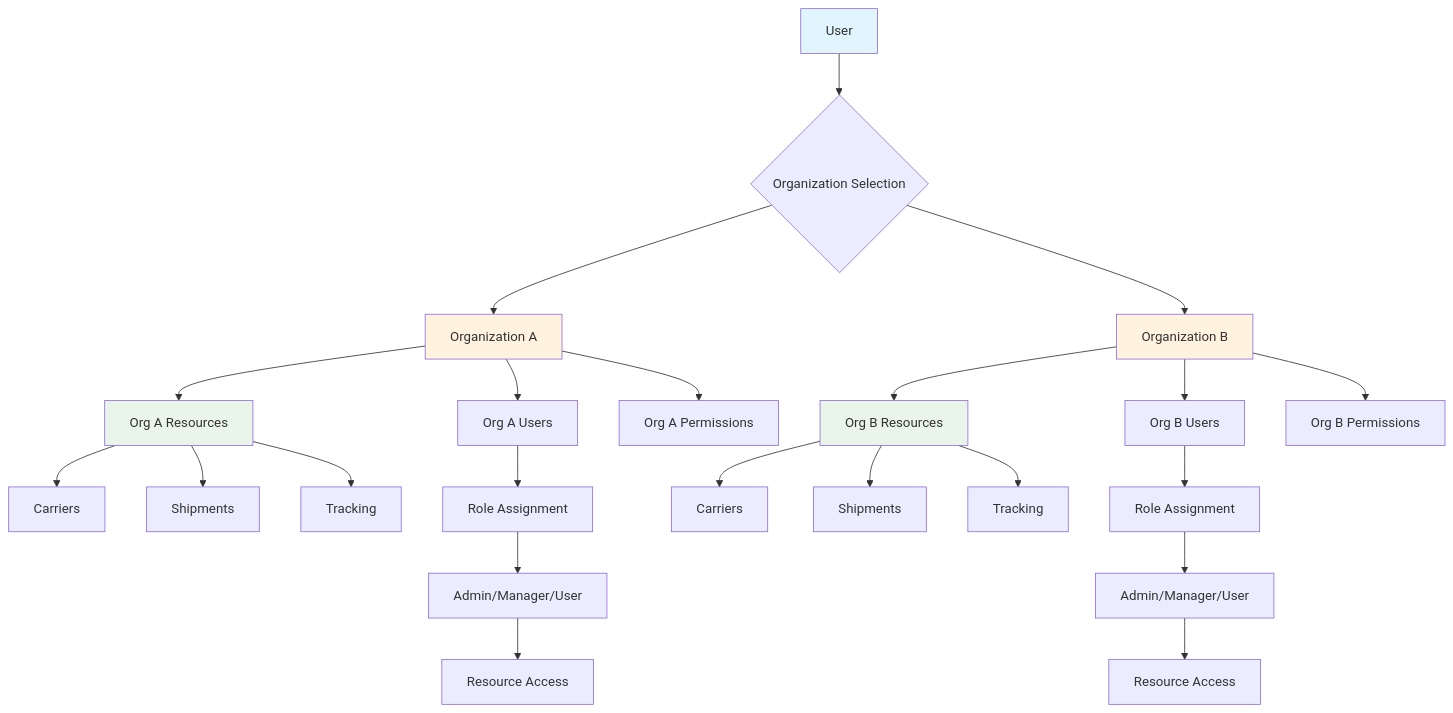
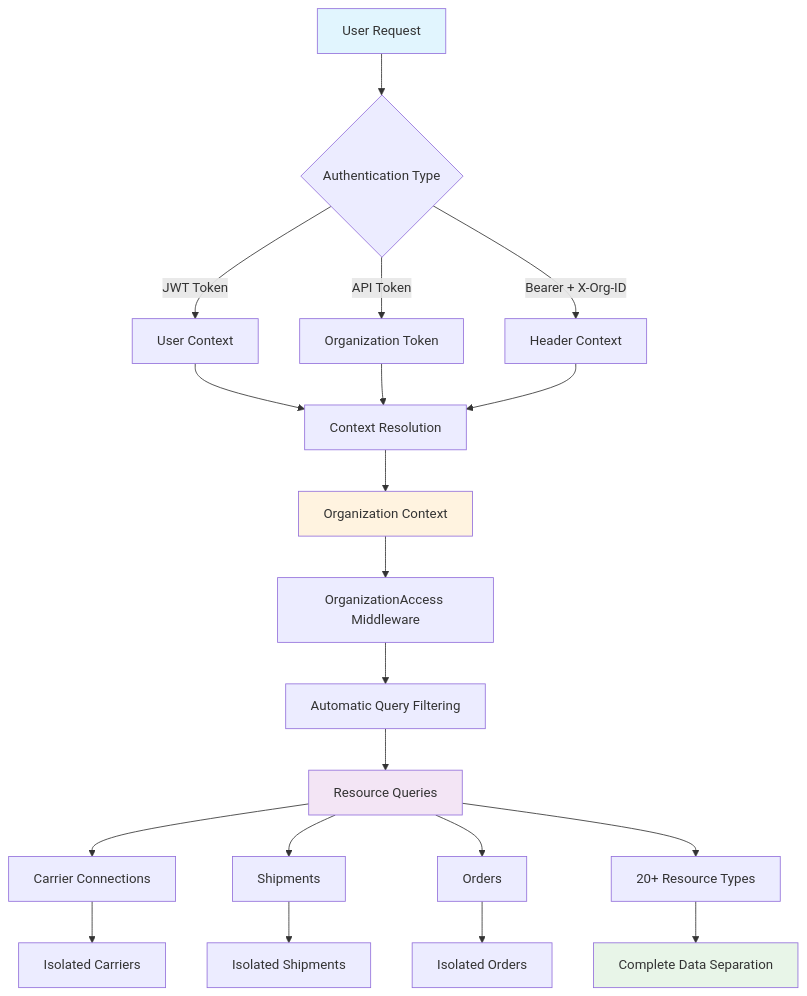
The first of 2 diagrams in apps/web/src/app/docs/products/multi-orgs/page.mdx (karrioapi/karrio), drawn with Mermaid before and after one commit. The commit also changed other lines of this file, not shown here.

Commit message:
docs: enrich multi-organization product documentation

````diff
--- a/apps/web/src/app/docs/products/multi-orgs/page.mdx
+++ b/apps/web/src/app/docs/products/multi-orgs/page.mdx
@@ -62,37 +55,32 @@
 ```mermaid
 flowchart TD
-    A[User] --> B{Organization Selection}
-    B --> C[Organization A]
-    B --> D[Organization B]
+    A[User Request] --> B{Authentication Type}
+    B -->|JWT Token| C[User Context]
+    B -->|API Token| D[Organization Token]
+    B -->|Bearer + X-Org-ID| E[Header Context]
 
-    C --> E[Org A Resources]
-    C --> F[Org A Users]
-    C --> G[Org A Permissions]
+    C --> F[Context Resolution]
+    D --> F
+    E --> F
 
-    D --> H[Org B Resources]
-    D --> I[Org B Users]
-    D --> J[Org B Permissions]
+    F --> G[Organization Context]
+    G --> H[OrganizationAccess Middleware]
 
-    E --> K[Carriers]
-    E --> L[Shipments]
-    E --> M[Tracking]
+    H --> I[Automatic Query Filtering]
+    I --> J[Resource Queries]
 
-    H --> N[Carriers]
-    H --> O[Shipments]
-    H --> P[Tracking]
+    J --> K[Carrier Connections]
+    J --> L[Shipments]
+    J --> M[Orders]
+    J --> N[20+ Resource Types]
 
-    F --> Q[Role Assignment]
-    I --> R[Role Assignment]
-
-    Q --> S[Admin/Manager/User]
-    R --> T[Admin/Manager/User]
-
-    S --> U[Resource Access]
-    T --> V[Resource Access]
+    K --> O[Isolated Carriers]
+    L --> P[Isolated Shipments]
+    M --> Q[Isolated Orders]
+    N --> R[Complete Data Separation]
 
     style A fill:#e1f5fe
-    style C fill:#fff3e0
-    style D fill:#fff3e0
-    style E fill:#e8f5e8
-    style H fill:#e8f5e8
+    style G fill:#fff3e0
+    style R fill:#e8f5e8
+    style J fill:#f3e5f5
 ```
````
